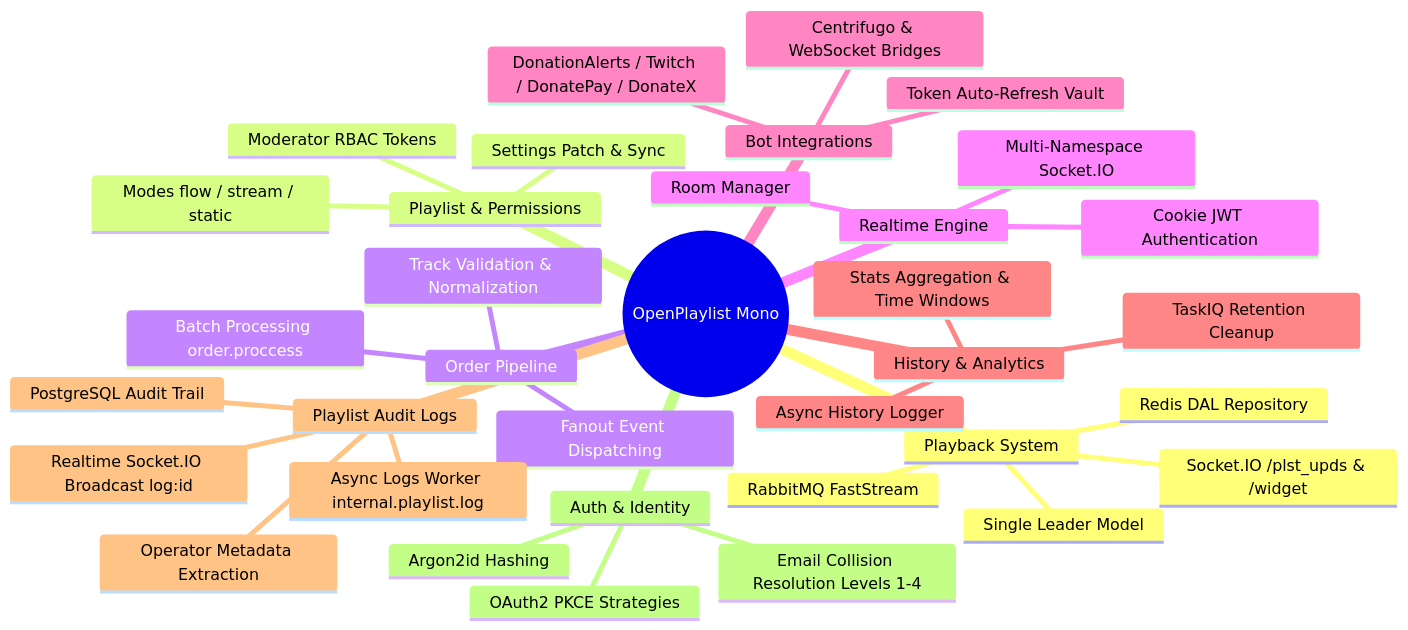
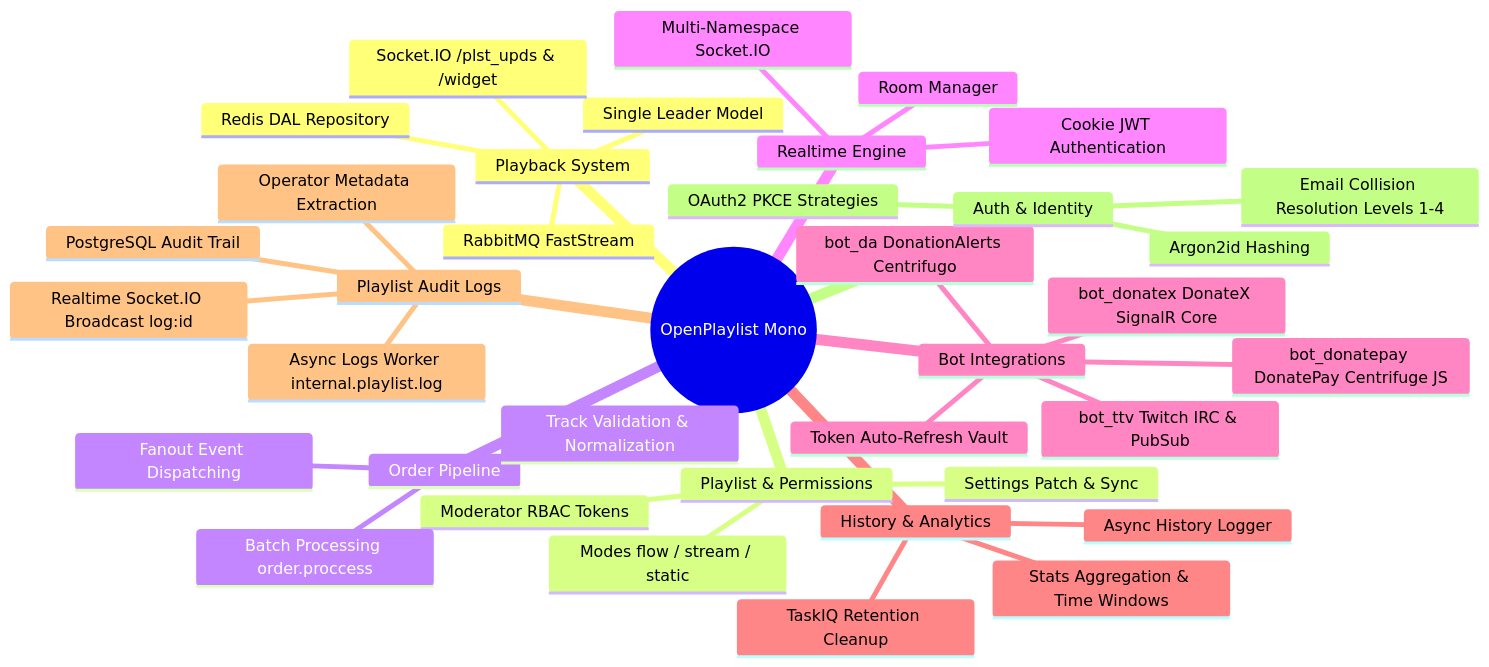
The diagram in docs/README.md (DustGalaxy/openplaylist-mono), drawn with Mermaid before and after one commit. The commit also changed other lines of this file and 3 other files, not shown here.

````diff
--- a/docs/README.md
+++ b/docs/README.md
@@ -11,38 +11,40 @@
 ```mermaid
 mindmap
   root((OpenPlaylist Mono))
     Playback System
       Single Leader Model
       Redis DAL Repository
       RabbitMQ FastStream
       Socket.IO /plst_upds & /widget
     Playlist & Permissions
       Modes flow / stream / static
       Moderator RBAC Tokens
       Settings Patch & Sync
     Order Pipeline
       Track Validation & Normalization
       Batch Processing order.proccess
       Fanout Event Dispatching
     Realtime Engine
       Multi-Namespace Socket.IO
       Cookie JWT Authentication
       Room Manager
     Bot Integrations
-      DonationAlerts / Twitch / DonatePay / DonateX
+      bot_ttv Twitch IRC & PubSub
+      bot_da DonationAlerts Centrifugo
+      bot_donatepay DonatePay Centrifuge JS
+      bot_donatex DonateX SignalR Core
       Token Auto-Refresh Vault
-      Centrifugo & WebSocket Bridges
     History & Analytics
       Async History Logger
       Stats Aggregation & Time Windows
       TaskIQ Retention Cleanup
     Playlist Audit Logs
       Async Logs Worker internal.playlist.log
       Operator Metadata Extraction
       Realtime Socket.IO Broadcast log:id
       PostgreSQL Audit Trail
     Auth & Identity
       Argon2id Hashing
       OAuth2 PKCE Strategies
       Email Collision Resolution Levels 1-4
 ```
````
